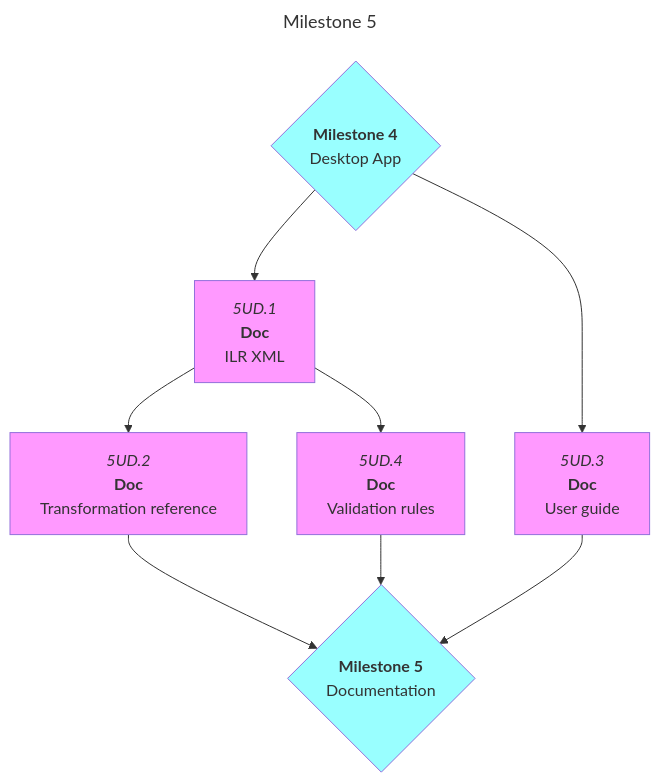
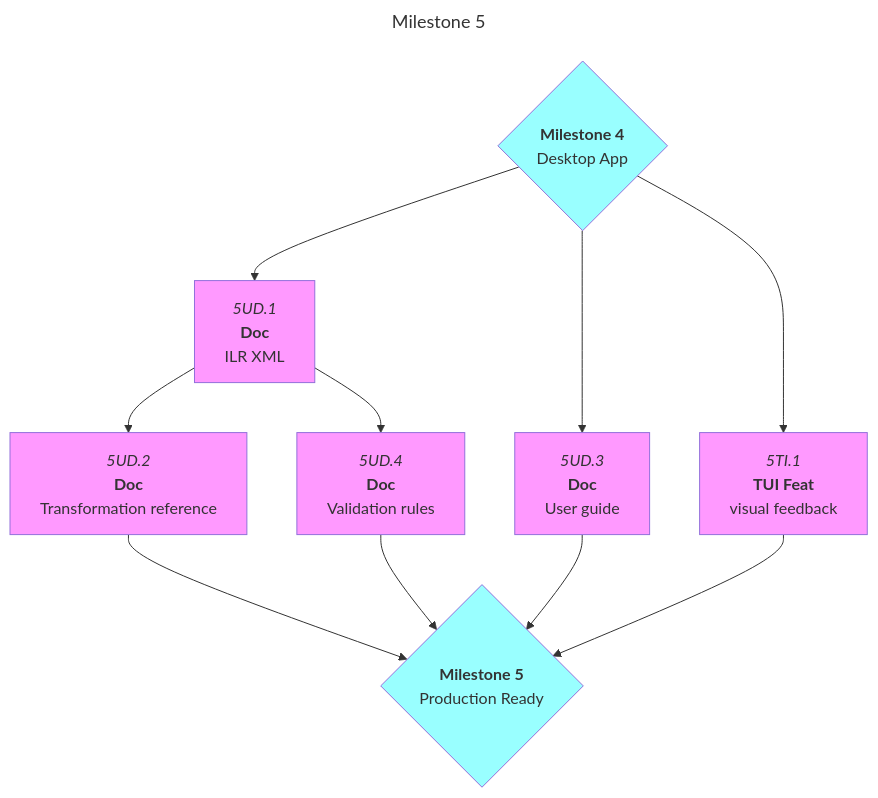
The fifth of 6 diagrams in docs/roadmaps/mvp.md (foundersandcoders/iris), drawn with Mermaid before and after one commit. The commit also changed other lines of this file, not shown here.

````diff
--- a/docs/roadmaps/mvp.md
+++ b/docs/roadmaps/mvp.md
@@ -339,19 +338,20 @@
 ```mermaid
 ---
 title: Milestone 5
 ---
 graph TD
 
-m4{"`**Milestone 4**<br/>Desktop App`"}:::mile --> 5UD.1 & 5UD.3
+m4{"`**Milestone 4**<br/>Desktop App`"}:::mile --> 5UD.1 & 5UD.3 & 5TI.1
 
-5UD.1["`*5UD.1*<br/>**Doc**<br/>ILR XML`"]:::block --> 5UD.2 & 5UD.4
-5UD.2["`*5UD.2*<br/>**Doc**<br/>Transformation reference`"]:::block
-5UD.3["`*5UD.3*<br/>**Doc**<br/>User guide`"]:::block
-5UD.4["`*5UD.4*<br/>**Doc**<br/>Validation rules`"]:::block
+5TI.1["`*5TI.1*<br/>**TUI Feat**<br/>visual feedback`"] --> m5
+5UD.1["`*5UD.1*<br/>**Doc**<br/>ILR XML`"] --> 5UD.2 & 5UD.4
+5UD.2["`*5UD.2*<br/>**Doc**<br/>Transformation reference`"] --> m5
+5UD.3["`*5UD.3*<br/>**Doc**<br/>User guide`"] --> m5
+5UD.4["`*5UD.4*<br/>**Doc**<br/>Validation rules`"] --> m5
 
-5UD.2 & 5UD.3 & 5UD.4 --> m5{"`**Milestone 5**<br/>Documentation`"}:::mile
+m5{"`**Milestone 5**<br/>Production Ready`"}:::mile
 
 classDef default,blocked fill:#f9f;
 classDef open fill:#ff9;
 classDef mile fill:#9ff;
 ```
````
